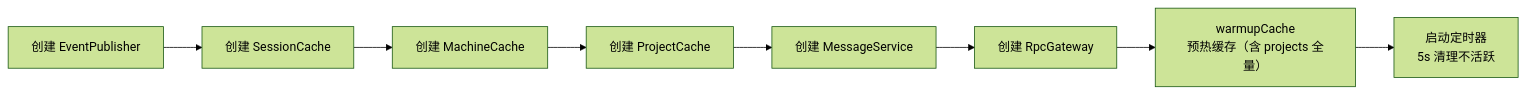
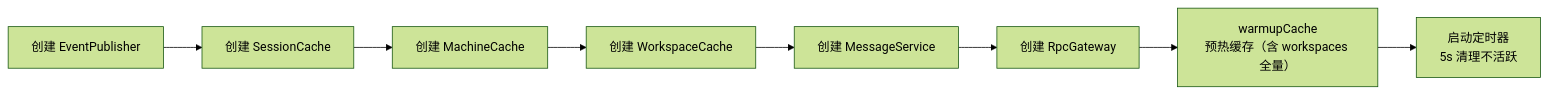
The eighth of 8 diagrams in docs/architecture/hub/sync/README.md (ModuBit/mobi), drawn with Mermaid (forest theme) before and after one commit. The commit also changed other lines of this file and 188 other files, not shown here.

````diff
--- a/docs/architecture/hub/sync/README.md
+++ b/docs/architecture/hub/sync/README.md
@@ -166,10 +166,10 @@
 ```mermaid
 flowchart LR
     A[创建 EventPublisher] --> B[创建 SessionCache]
     B --> C[创建 MachineCache]
-    C --> PC[创建 ProjectCache]
+    C --> PC[创建 WorkspaceCache]
     PC --> D[创建 MessageService]
     D --> E[创建 RpcGateway]
-    E --> F[warmupCache<br/>预热缓存（含 projects 全量）]
+    E --> F[warmupCache<br/>预热缓存（含 workspaces 全量）]
     F --> G[启动定时器<br/>5s 清理不活跃]
 ```
````
